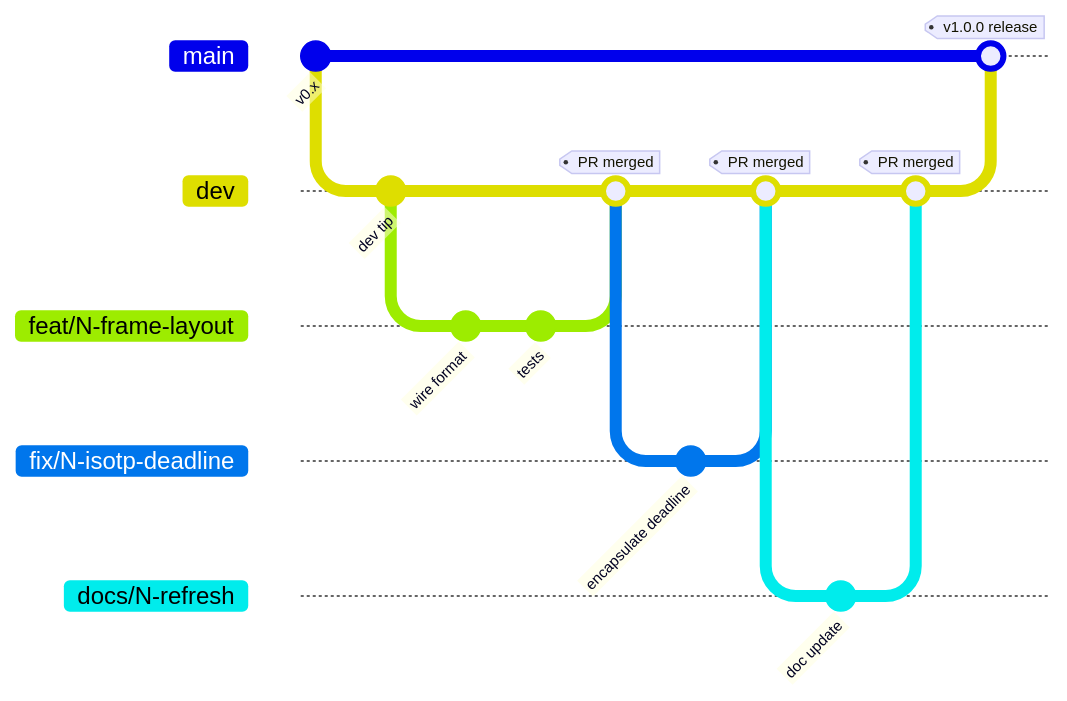
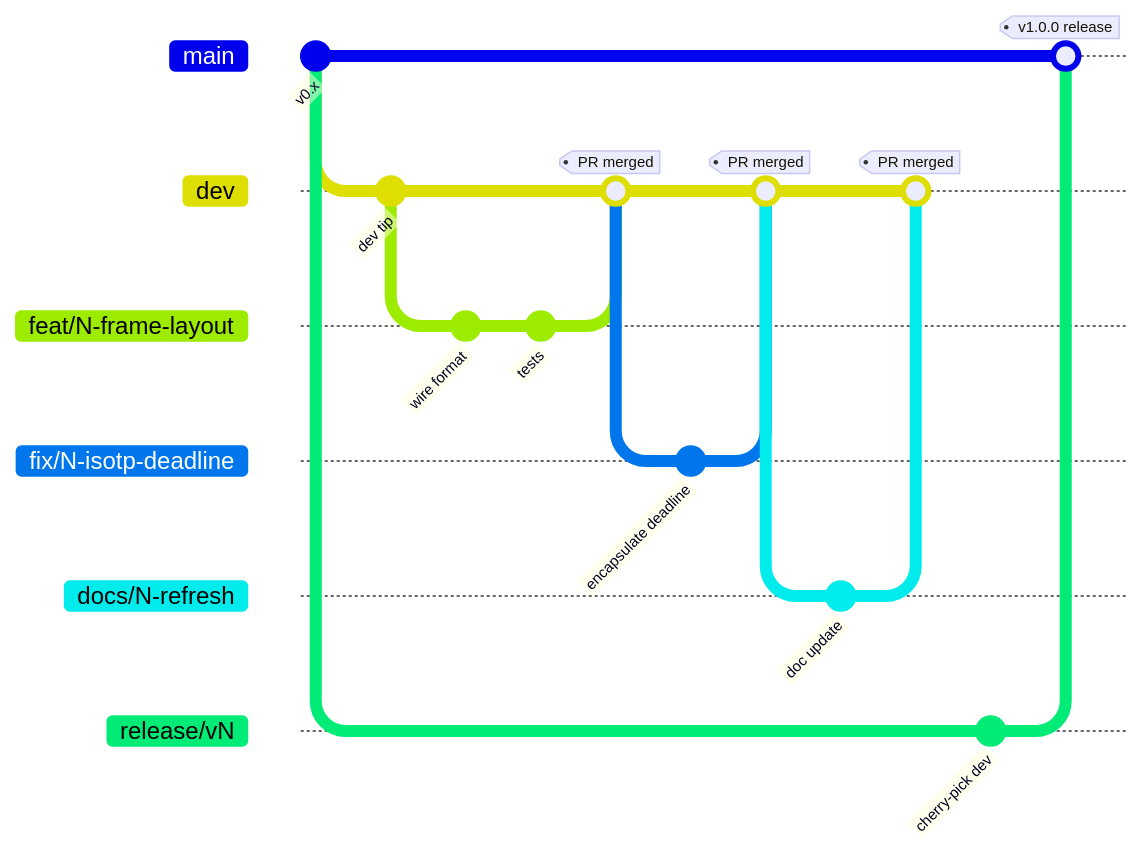
One commit to isc-fs/stm32-can-bootloader changed the diagram in CONTRIBUTING.md. Above: the diagram before and after it, drawn with Mermaid. The commit also changed other lines of this file and 1 other file, not shown here.

First line of the commit message:
docs: retire sync-dev-after-release workflow, document cherry-pick release cut

````diff
--- a/CONTRIBUTING.md
+++ b/CONTRIBUTING.md
@@ -26,26 +26,29 @@
 ```mermaid
 %%{init: {'gitGraph': {'showCommitLabel': true, 'mainBranchName': 'main'}} }%%
 gitGraph
     commit id: "v0.x"
     branch dev
     checkout dev
     commit id: "dev tip"
     branch feat/N-frame-layout
     checkout feat/N-frame-layout
     commit id: "wire format"
     commit id: "tests"
     checkout dev
     merge feat/N-frame-layout tag: "PR merged"
     branch fix/N-isotp-deadline
     checkout fix/N-isotp-deadline
     commit id: "encapsulate deadline"
     checkout dev
     merge fix/N-isotp-deadline tag: "PR merged"
     branch docs/N-refresh
     checkout docs/N-refresh
     commit id: "doc update"
     checkout dev
     merge docs/N-refresh tag: "PR merged"
     checkout main
-    merge dev tag: "v1.0.0 release"
+    branch release/vN
+    commit id: "cherry-pick dev"
+    checkout main
+    merge release/vN tag: "v1.0.0 release"
 ```
````
